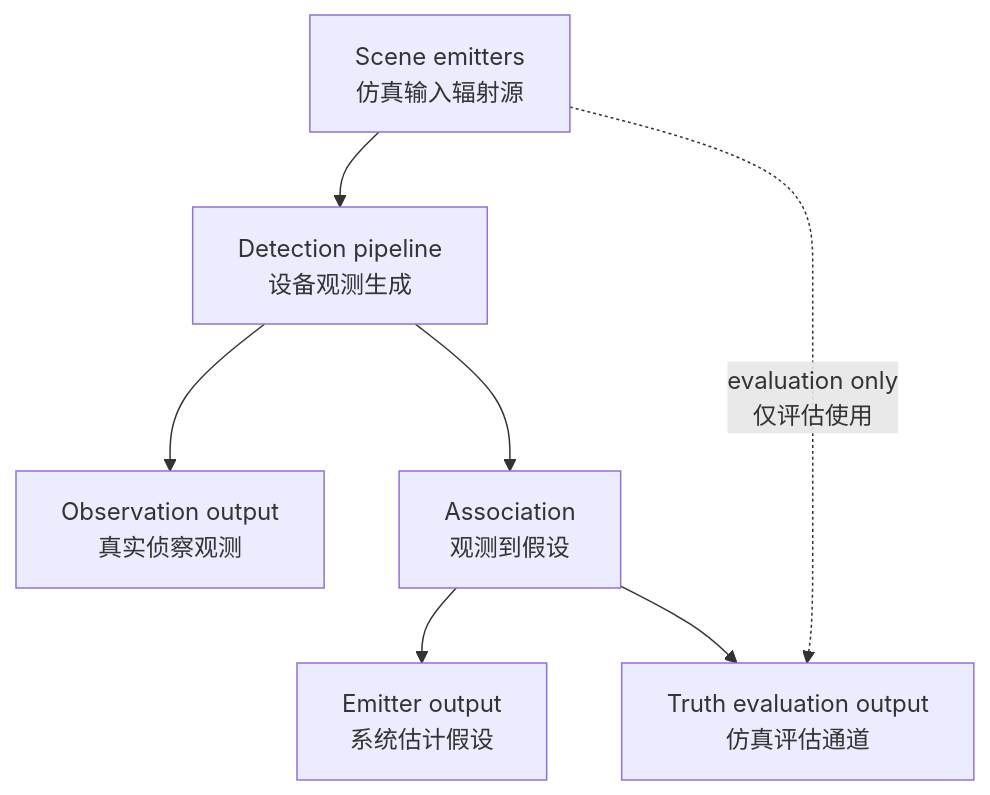
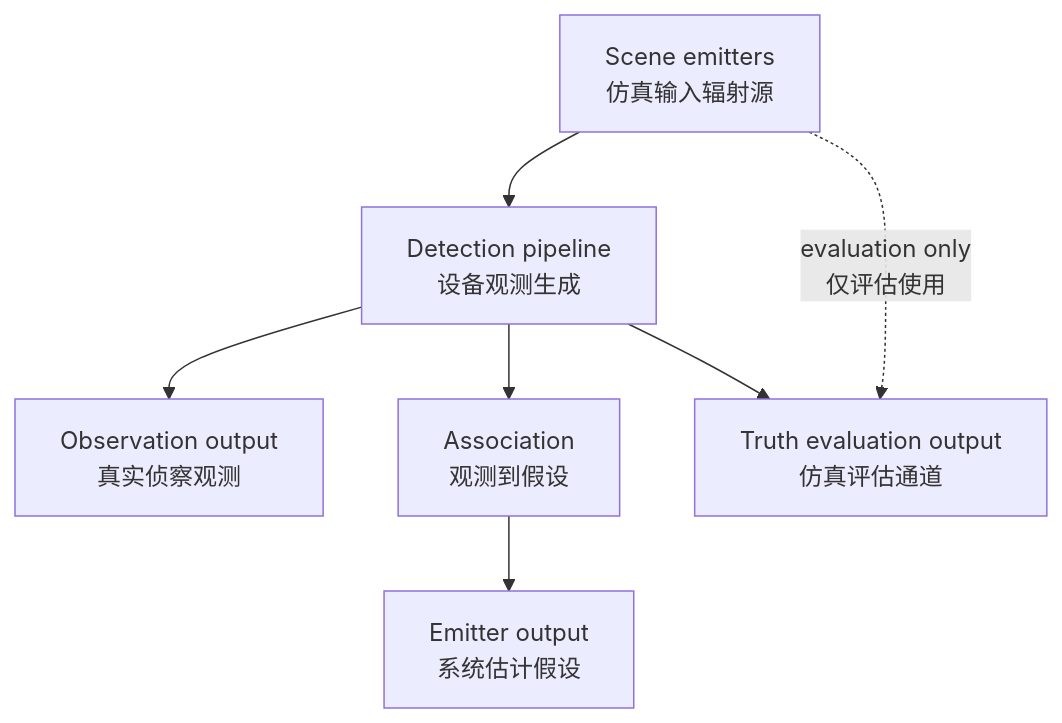
One commit to boilwater-3/1q changed the fourth of 4 diagrams in docs/electronic_surveillance_radar/design.md. Above: the diagram before and after it, drawn with Mermaid. The commit also changed other lines of this file and 11 other files, not shown here.

````diff
--- a/docs/electronic_surveillance_radar/design.md
+++ b/docs/electronic_surveillance_radar/design.md
@@ -188,9 +187,9 @@
 ```mermaid
 flowchart TB
   InputTruth["Scene emitters\n仿真输入辐射源"] --> Detection["Detection pipeline\n设备观测生成"]
   Detection --> Observation["Observation output\n真实侦察观测"]
   Detection --> Association["Association\n观测到假设"]
   Association --> Emitter["Emitter output\n系统估计假设"]
   InputTruth -. "evaluation only\n仅评估使用" .-> Truth["Truth evaluation output\n仿真评估通道"]
-  Association --> Truth
+  Detection --> Truth
 ```
````
